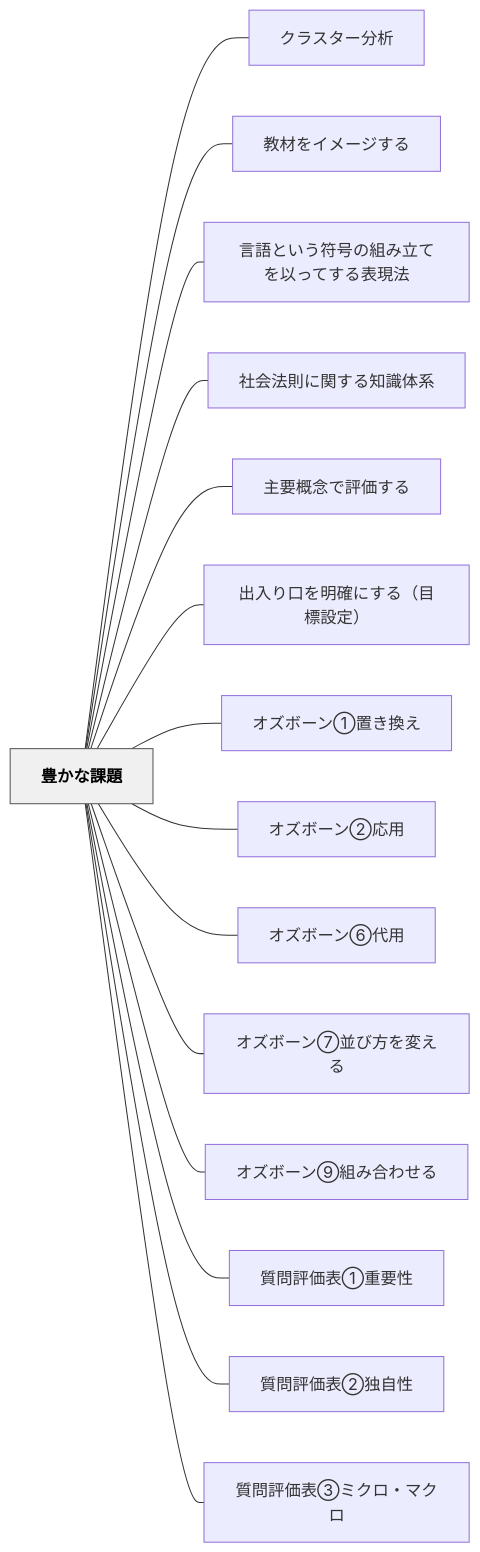
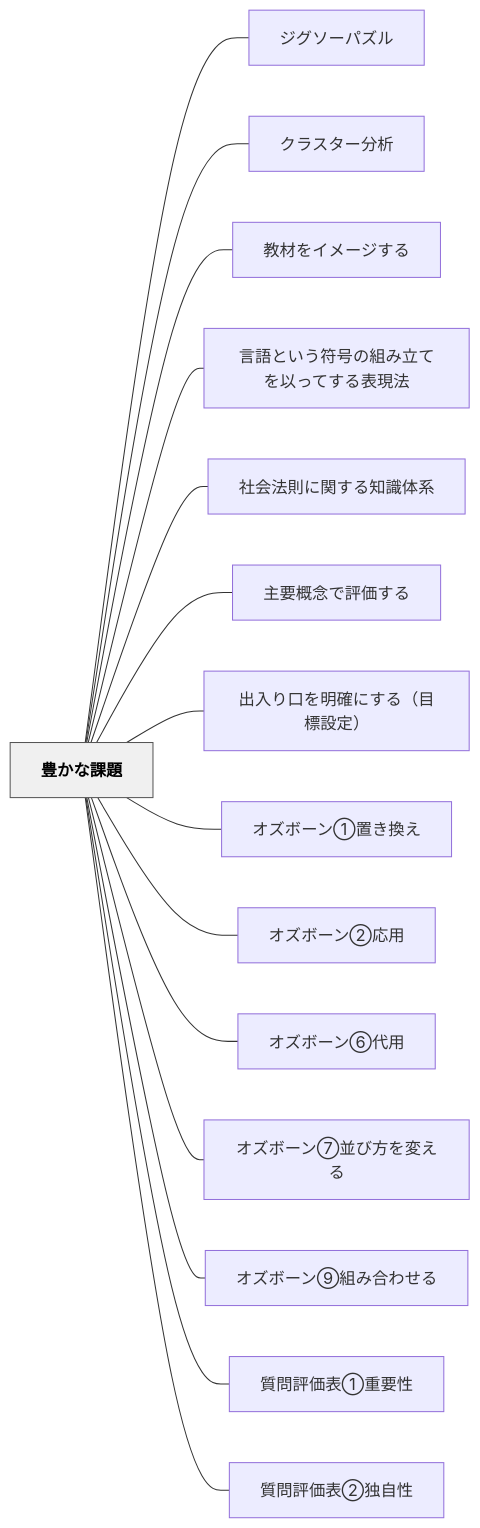
Before and after one commit to unknownthings-ed-patterns/unknownthings-ed-patterns: the diagram in content/パタン/豊かな課題.md, drawn with Mermaid. The commit also changed other lines of this file and 4 other files, not shown here.

````diff
--- a/content/パタン/豊かな課題.md
+++ b/content/パタン/豊かな課題.md
@@ -137,36 +138,36 @@
 ```mermaid
 flowchart LR
     ne8b18ae3818be381aae8aab2e9a18c["豊かな課題"]
+    ne382b8e382b0e382bde383bce38391e382bae383ab["ジグソーパズル"]
     ne382afe383a9e382b9e382bfe383bce58886e69e90["クラスター分析"]
     ne69599e69d90e38292e382a4e383a1e383bce382b8e38199e3828b["教材をイメージする"]
     ne8a880e8aa9ee381a8e38184e38186e7aca6e58fb7e381aee7b584e381bfe7ab8be381a6e38292e4bba5e381a3e381a6e38199e3828be8a1a8e78fbee6b395["言語という符号の組み立てを以ってする表現法"]
     ne7a4bee4bc9ae6b395e58987e381abe996a2e38199e3828be79fa5e8ad98e4bd93e7b3bb["社会法則に関する知識体系"]
     ne4b8bbe8a681e6a682e5bfb5e381a7e8a995e4bea1e38199e3828b["主要概念で評価する"]
     ne587bae585a5e3828ae58fa3e38292e6988ee7a2bae381abe38199e3828befbc88e79baee6a899e8a8ade5ae9aefbc89["出入り口を明確にする（目標設定）"]
     ne382aae382bae3839ce383bce383b3e291a0e7bdaee3818de68f9be38188["オズボーン①置き換え"]
     ne382aae382bae3839ce383bce383b3e291a1e5bf9ce794a8["オズボーン②応用"]
     ne382aae382bae3839ce383bce383b3e291a5e4bba3e794a8["オズボーン⑥代用"]
     ne382aae382bae3839ce383bce383b3e291a6e4b8a6e381b3e696b9e38292e5a489e38188e3828b["オズボーン⑦並び方を変える"]
     ne382aae382bae3839ce383bce383b3e291a8e7b584e381bfe59088e3828fe3819be3828b["オズボーン⑨組み合わせる"]
     ne8b3aae5958fe8a995e4bea1e8a1a8e291a0e9878de8a681e680a7["質問評価表①重要性"]
     ne8b3aae5958fe8a995e4bea1e8a1a8e291a1e78bace887aae680a7["質問評価表②独自性"]
-    ne8b3aae5958fe8a995e4bea1e8a1a8e291a2e3839fe382afe383ade383bbe3839ee382afe383ad["質問評価表③ミクロ・マクロ"]
 
+    ne8b18ae3818be381aae8aab2e9a18c --- ne382b8e382b0e382bde383bce38391e382bae383ab
     ne8b18ae3818be381aae8aab2e9a18c --- ne382afe383a9e382b9e382bfe383bce58886e69e90
     ne8b18ae3818be381aae8aab2e9a18c --- ne69599e69d90e38292e382a4e383a1e383bce382b8e38199e3828b
     ne8b18ae3818be381aae8aab2e9a18c --- ne8a880e8aa9ee381a8e38184e38186e7aca6e58fb7e381aee7b584e381bfe7ab8be381a6e38292e4bba5e381a3e381a6e38199e3828be8a1a8e78fbee6b395
     ne8b18ae3818be381aae8aab2e9a18c --- ne7a4bee4bc9ae6b395e58987e381abe996a2e38199e3828be79fa5e8ad98e4bd93e7b3bb
     ne8b18ae3818be381aae8aab2e9a18c --- ne4b8bbe8a681e6a682e5bfb5e381a7e8a995e4bea1e38199e3828b
     ne8b18ae3818be381aae8aab2e9a18c --- ne587bae585a5e3828ae58fa3e38292e6988ee7a2bae381abe38199e3828befbc88e79baee6a899e8a8ade5ae9aefbc89
     ne8b18ae3818be381aae8aab2e9a18c --- ne382aae382bae3839ce383bce383b3e291a0e7bdaee3818de68f9be38188
     ne8b18ae3818be381aae8aab2e9a18c --- ne382aae382bae3839ce383bce383b3e291a1e5bf9ce794a8
     ne8b18ae3818be381aae8aab2e9a18c --- ne382aae382bae3839ce383bce383b3e291a5e4bba3e794a8
     ne8b18ae3818be381aae8aab2e9a18c --- ne382aae382bae3839ce383bce383b3e291a6e4b8a6e381b3e696b9e38292e5a489e38188e3828b
     ne8b18ae3818be381aae8aab2e9a18c --- ne382aae382bae3839ce383bce383b3e291a8e7b584e381bfe59088e3828fe3819be3828b
     ne8b18ae3818be381aae8aab2e9a18c --- ne8b3aae5958fe8a995e4bea1e8a1a8e291a0e9878de8a681e680a7
     ne8b18ae3818be381aae8aab2e9a18c --- ne8b3aae5958fe8a995e4bea1e8a1a8e291a1e78bace887aae680a7
-    ne8b18ae3818be381aae8aab2e9a18c --- ne8b3aae5958fe8a995e4bea1e8a1a8e291a2e3839fe382afe383ade383bbe3839ee382afe383ad
 
     classDef hub fill:#f0f0f0,stroke:#555,color:#000,font-weight:bold
     class ne8b18ae3818be381aae8aab2e9a18c hub
 ```
````
